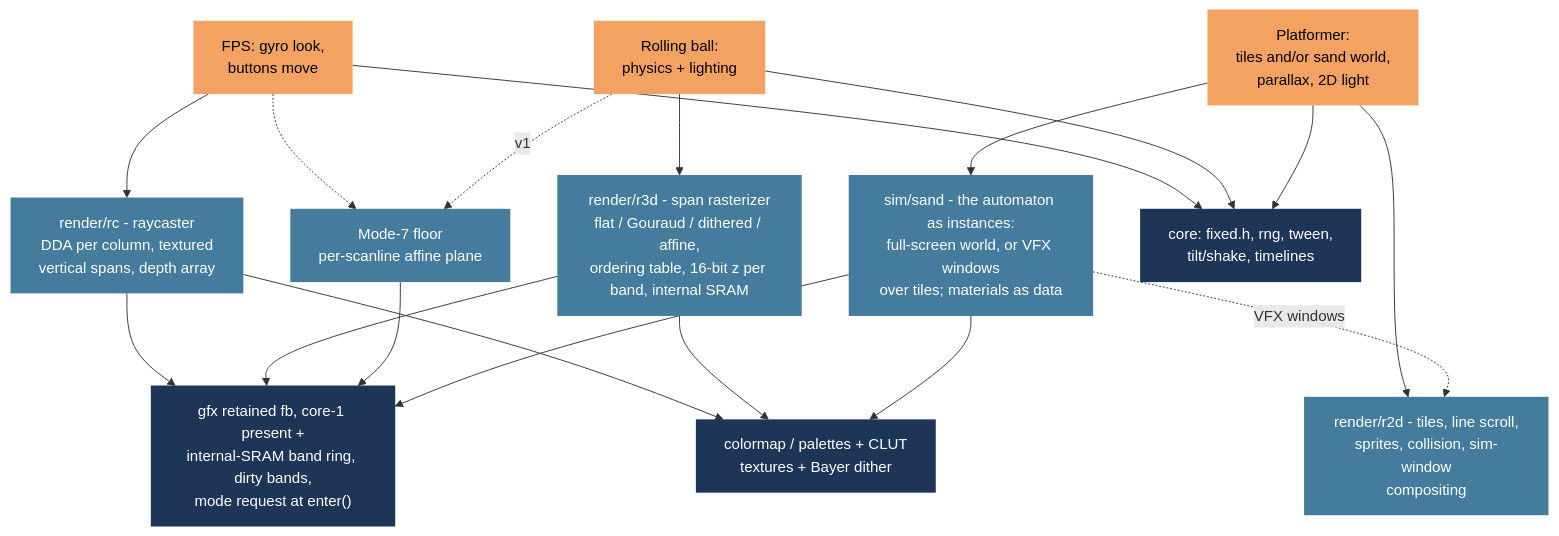
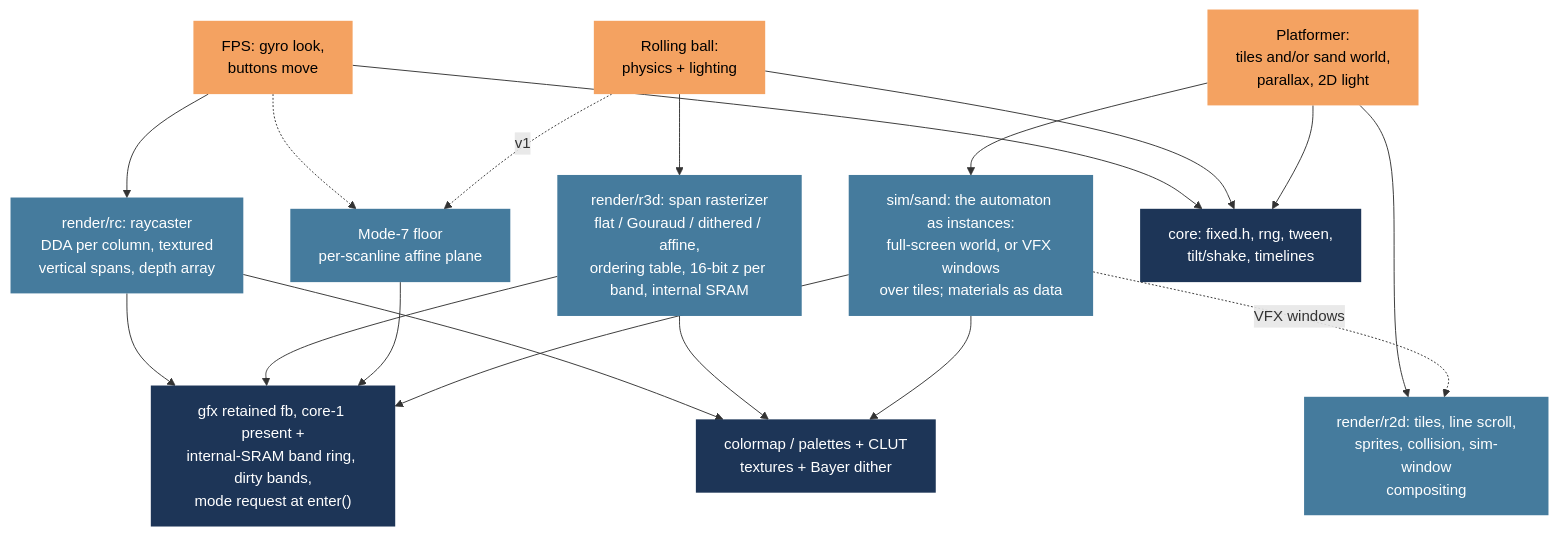
The second of 2 diagrams in docs/plans/Autana-Rendering-Roadmap.md (jose-villegas/autana), drawn with Mermaid before and after one commit. The commit also changed other lines of this file and 4 other files, not shown here.

````diff
--- a/docs/plans/Autana-Rendering-Roadmap.md
+++ b/docs/plans/Autana-Rendering-Roadmap.md
@@ -171,38 +171,38 @@
 ```mermaid
 flowchart TB
   classDef game fill:#f4a261,color:#000,stroke:none
   classDef r fill:#457b9d,color:#fff,stroke:none
   classDef core fill:#1d3557,color:#fff,stroke:none
 
   FPS["FPS: gyro look,<br/>buttons move"]:::game
   BALL["Rolling ball:<br/>physics + lighting"]:::game
   PLAT["Platformer:<br/>tiles and/or sand world,<br/>parallax, 2D light"]:::game
 
-  RC["render/rc - raycaster<br/>DDA per column, textured<br/>vertical spans, depth array"]:::r
-  R3D["render/r3d - span rasterizer<br/>flat / Gouraud / dithered / affine,<br/>ordering table, 16-bit z per band, internal SRAM"]:::r
+  RC["render/rc: raycaster<br/>DDA per column, textured<br/>vertical spans, depth array"]:::r
+  R3D["render/r3d: span rasterizer<br/>flat / Gouraud / dithered / affine,<br/>ordering table, 16-bit z per band, internal SRAM"]:::r
   M7["Mode-7 floor<br/>per-scanline affine plane"]:::r
-  SPR["render/r2d - tiles, line scroll,<br/>sprites, collision, sim-window<br/>compositing"]:::r
-  SIM["sim/sand - the automaton as instances:<br/>full-screen world, or VFX windows<br/>over tiles; materials as data"]:::r
+  SPR["render/r2d: tiles, line scroll,<br/>sprites, collision, sim-window<br/>compositing"]:::r
+  SIM["sim/sand: the automaton as instances:<br/>full-screen world, or VFX windows<br/>over tiles; materials as data"]:::r
 
   GFX["gfx retained fb, core-1 present +<br/>internal-SRAM band ring, dirty bands,<br/>mode request at enter()"]:::core
   CM["colormap / palettes + CLUT<br/>textures + Bayer dither"]:::core
   FX["core: fixed.h, rng, tween,<br/>tilt/shake, timelines"]:::core
 
   FPS --> RC
   FPS -.-> M7
   BALL --> R3D
   BALL -.->|v1| M7
   PLAT --> SPR
   PLAT --> SIM
   SIM -.->|VFX windows| SPR
   RC --> GFX
   R3D --> GFX
   M7 --> GFX
   SIM --> GFX
   RC --> CM
   R3D --> CM
   SIM --> CM
   FPS --> FX
   BALL --> FX
   PLAT --> FX
 ```
````
